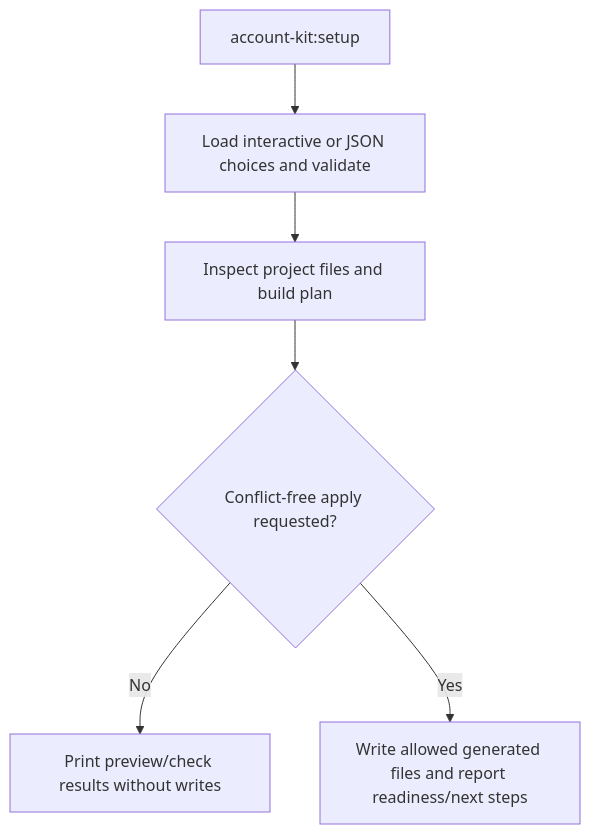
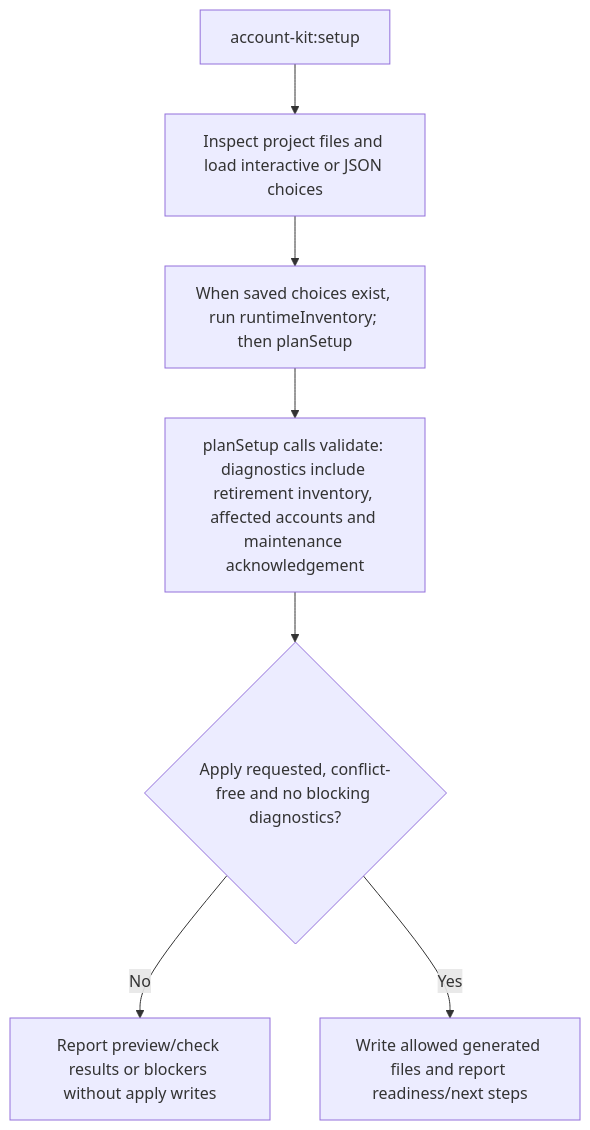
One commit to Kevinjohn/oss-adonisjs-account-kit changed the second of 2 diagrams in user-stories/US-ACCOUNT-31-configure-account-kit.md. Above: the diagram before and after it, drawn with Mermaid. The commit also changed other lines of this file and 4 other files, not shown here.

Commit message:
docs: align admission and setup flow guarantees

````diff
--- a/user-stories/US-ACCOUNT-31-configure-account-kit.md
+++ b/user-stories/US-ACCOUNT-31-configure-account-kit.md
@@ -33,8 +35,9 @@
 ```mermaid
 flowchart TD
- A["account-kit:setup"] --> B["Load interactive or JSON choices and validate"]
- B --> C["Inspect project files and build plan"]
- C --> D{"Conflict-free apply requested?"}
- D -->|No| E["Print preview/check results without writes"]
+ A["account-kit:setup"] --> B["Inspect project files and load interactive or JSON choices"]
+ B --> C["When saved choices exist, run runtimeInventory; then planSetup"]
+ C --> R["planSetup calls validate: diagnostics include retirement inventory, affected accounts and maintenance acknowledgement"]
+ R --> D{"Apply requested, conflict-free and no blocking diagnostics?"}
+ D -->|No| E["Report preview/check results or blockers without apply writes"]
  D -->|Yes| F["Write allowed generated files and report readiness/next steps"]
 ```
````
